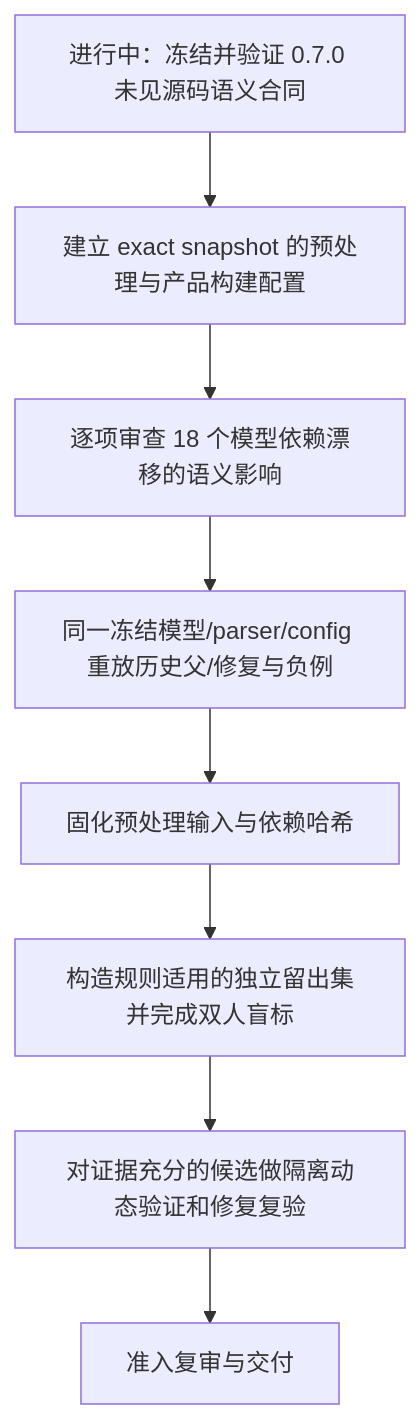
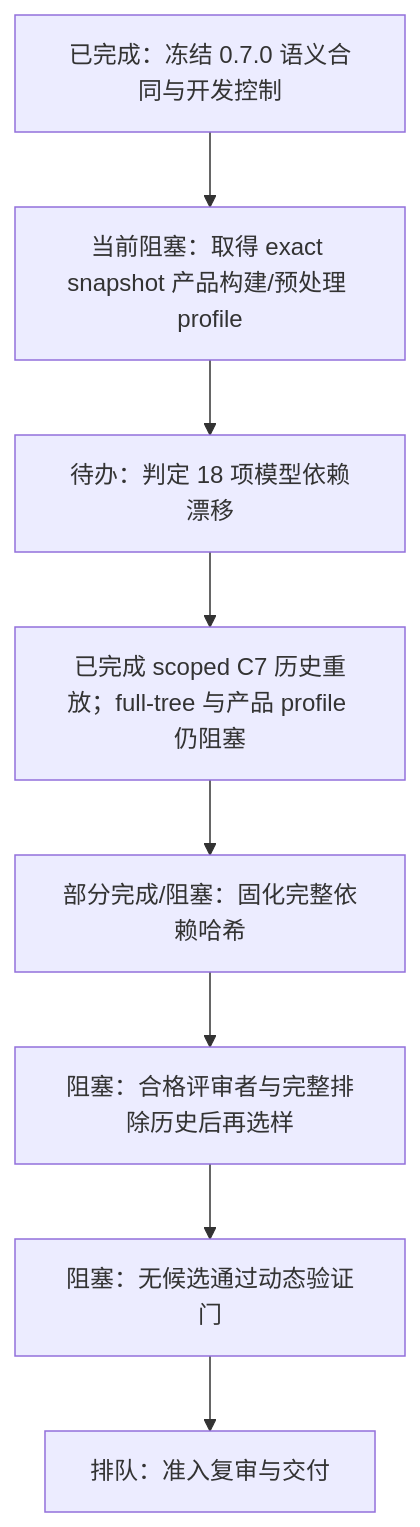
Before and after one commit to unpredictablexss-lang/CyberSecurity-Innovation-Audit: the diagram in research/deliveries/c-line-development-plan-20261018.md, drawn with Mermaid. The commit also changed other lines of this file and 16 other files, not shown here.

````diff
--- a/research/deliveries/c-line-development-plan-20261018.md
+++ b/research/deliveries/c-line-development-plan-20261018.md
@@ -15,12 +18,12 @@
 ```mermaid
 flowchart TD
-    C0[进行中：冻结并验证 0.7.0 未见源码语义合同]
-    C1[建立 exact snapshot 的预处理与产品构建配置]
-    C2[逐项审查 18 个模型依赖漂移的语义影响]
-    C3[同一冻结模型/parser/config 重放历史父/修复与负例]
-    C4[固化预处理输入与依赖哈希]
-    C5[构造规则适用的独立留出集并完成双人盲标]
-    C6[对证据充分的候选做隔离动态验证和修复复验]
-    C7[准入复审与交付]
+    C0[已完成：冻结 0.7.0 语义合同与开发控制]
+    C1[当前阻塞：取得 exact snapshot 产品构建/预处理 profile]
+    C2[待办：判定 18 项模型依赖漂移]
+    C3[已完成 scoped C7 历史重放；full-tree 与产品 profile 仍阻塞]
+    C4[部分完成/阻塞：固化完整依赖哈希]
+    C5[阻塞：合格评审者与完整排除历史后再选样]
+    C6[阻塞：无候选通过动态验证门]
+    C7[排队：准入复审与交付]
     C0 --> C1 --> C2 --> C3 --> C4 --> C5 --> C6 --> C7
 ```
````
